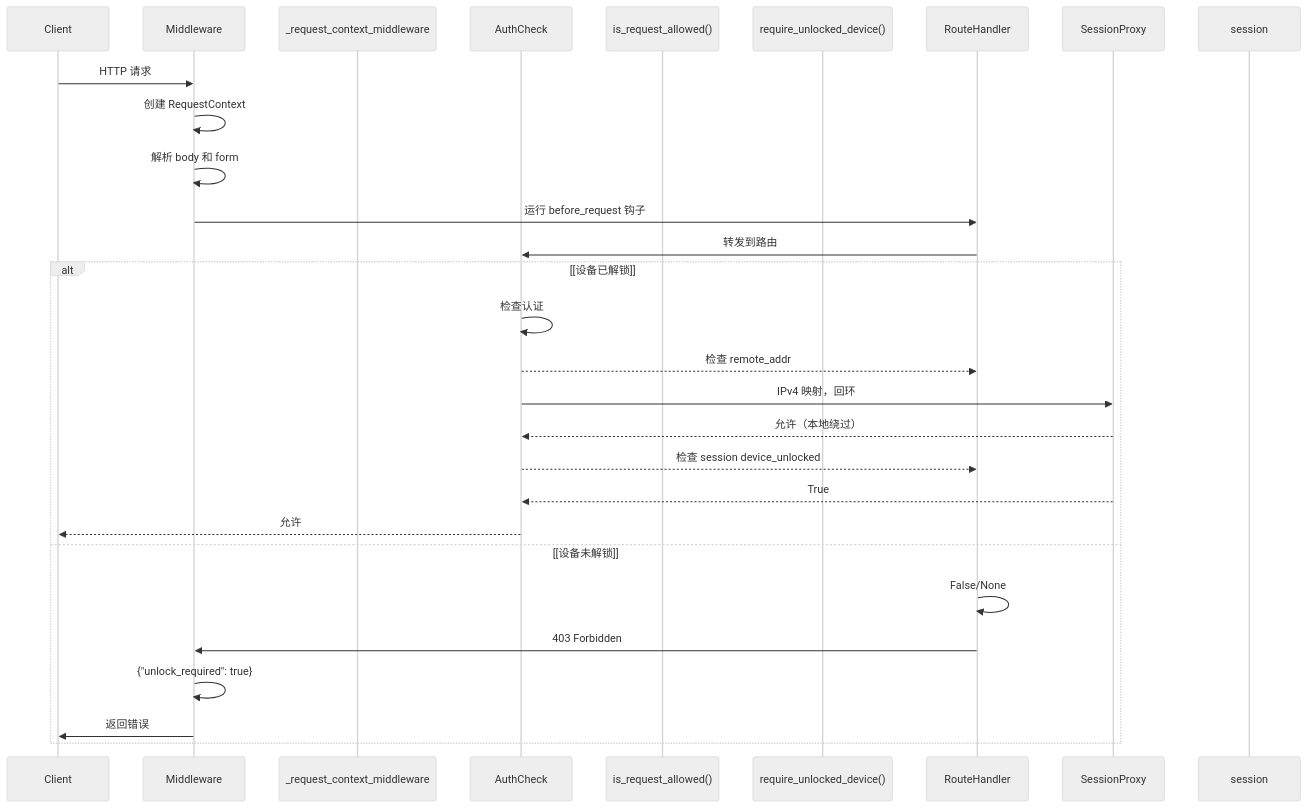
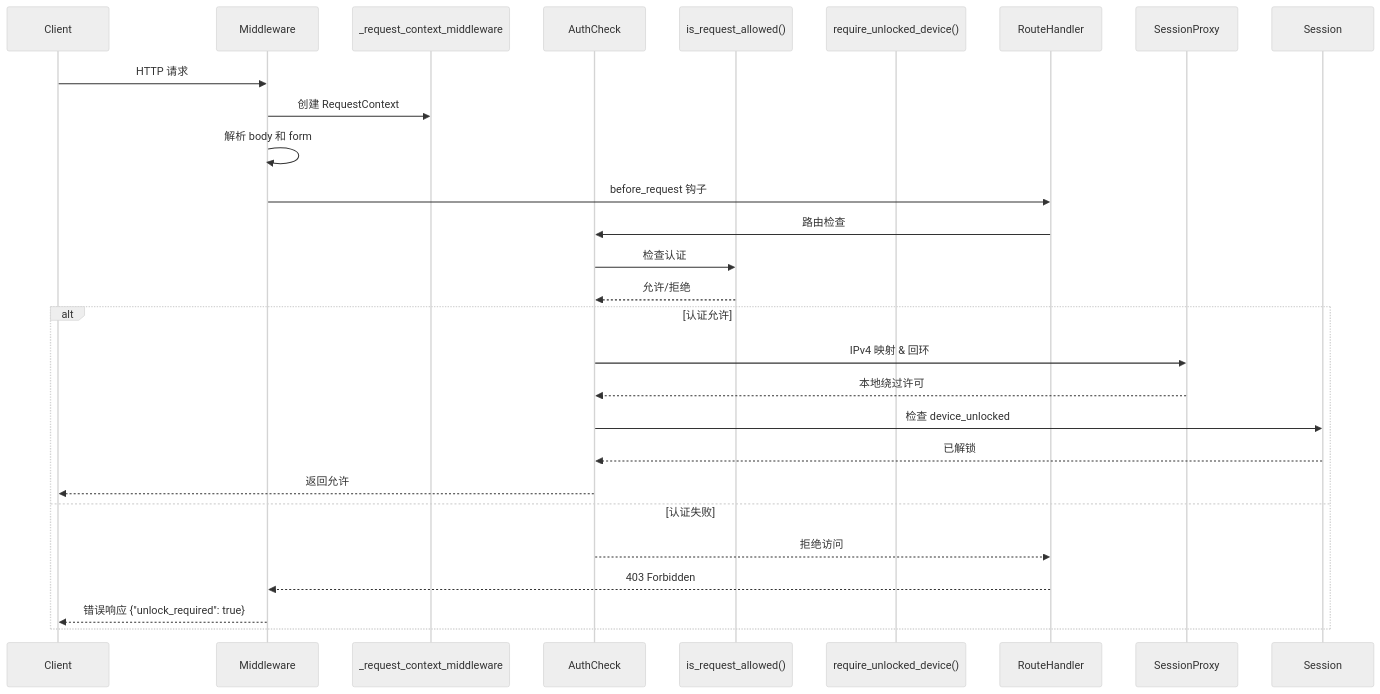
Before and after one commit to HKLHaoBin/LyricSphere: diagram 22 of 44 in README.md, drawn with Mermaid (neutral theme). The commit also changed other lines of this file, not shown here.

First line of the commit message:
docs: 优化文档中的流程图和注释结构

````diff
--- a/README.md
+++ b/README.md
@@ -2238,33 +2238,35 @@
 ```mermaid
 sequenceDiagram
     participant Client
     participant Middleware
-    participant _request_context_middleware
+    participant RequestCtx as _request_context_middleware
     participant AuthCheck
-    participant is_request_allowed()
-    participant require_unlocked_device()
+    participant CheckAllow as is_request_allowed()
+    participant ReqUnlock as require_unlocked_device()
     participant RouteHandler
     participant SessionProxy
-    participant session
+    participant Session
 
     Client->>Middleware: HTTP 请求
-    Middleware->>Middleware: 创建 RequestContext
+    Middleware->>RequestCtx: 创建 RequestContext
     Middleware->>Middleware: 解析 body 和 form
-    Middleware->>RouteHandler: 运行 before_request 钩子
-    RouteHandler->>AuthCheck: 转发到路由
-    alt [设备已解锁]
-        AuthCheck->>AuthCheck: 检查认证
-        AuthCheck-->>RouteHandler: 检查 remote_addr
-        AuthCheck->>SessionProxy: IPv4 映射，回环
-        SessionProxy-->>AuthCheck: 允许（本地绕过）
-        AuthCheck-->>RouteHandler: 检查 session device_unlocked
-        SessionProxy-->>AuthCheck: True
-        AuthCheck-->>Client: 允许
-    else [设备未解锁]
-        RouteHandler->>RouteHandler: False/None
-        RouteHandler->>Middleware: 403 Forbidden
-        Middleware->>Middleware: {"unlock_required": true}
-        Middleware->>Client: 返回错误
+    Middleware->>RouteHandler: before_request 钩子
+    RouteHandler->>AuthCheck: 路由检查
+
+    %% 设备已解锁 & 认证检查
+    AuthCheck->>CheckAllow: 检查认证
+    CheckAllow-->>AuthCheck: 允许/拒绝
+
+    alt 认证允许
+        AuthCheck->>SessionProxy: IPv4 映射 & 回环
+        SessionProxy-->>AuthCheck: 本地绕过许可
+        AuthCheck->>Session: 检查 device_unlocked
+        Session-->>AuthCheck: 已解锁
+        AuthCheck-->>Client: 返回允许
+    else 认证失败
+        AuthCheck-->>RouteHandler: 拒绝访问
+        RouteHandler-->>Middleware: 403 Forbidden
+        Middleware-->>Client: 错误响应 {"unlock_required": true}
     end
 
 ```
````
